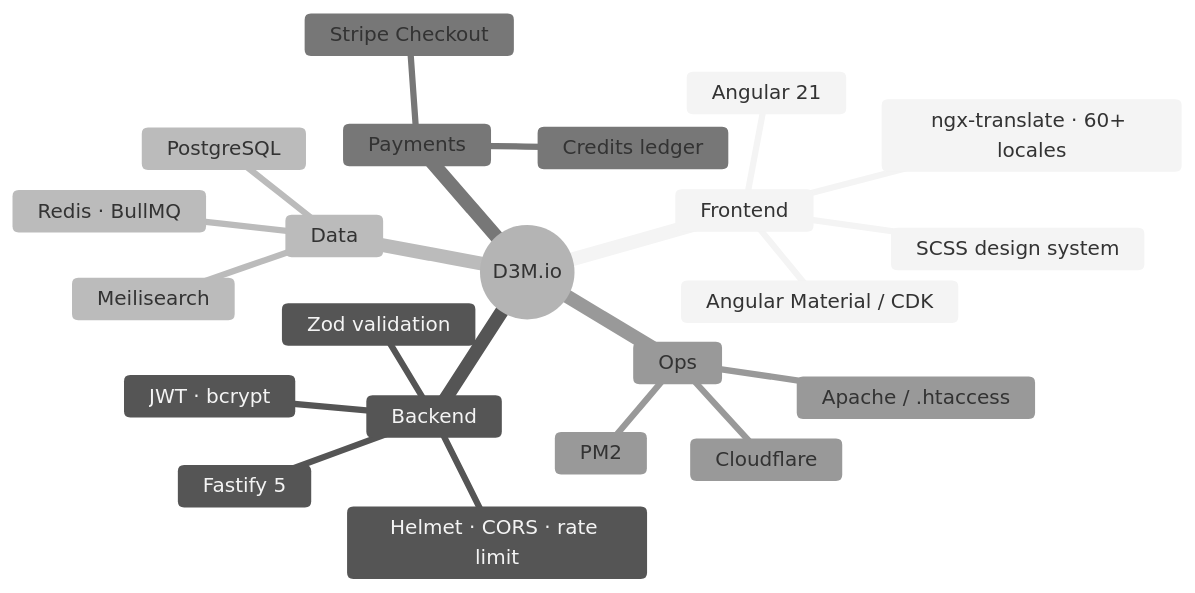
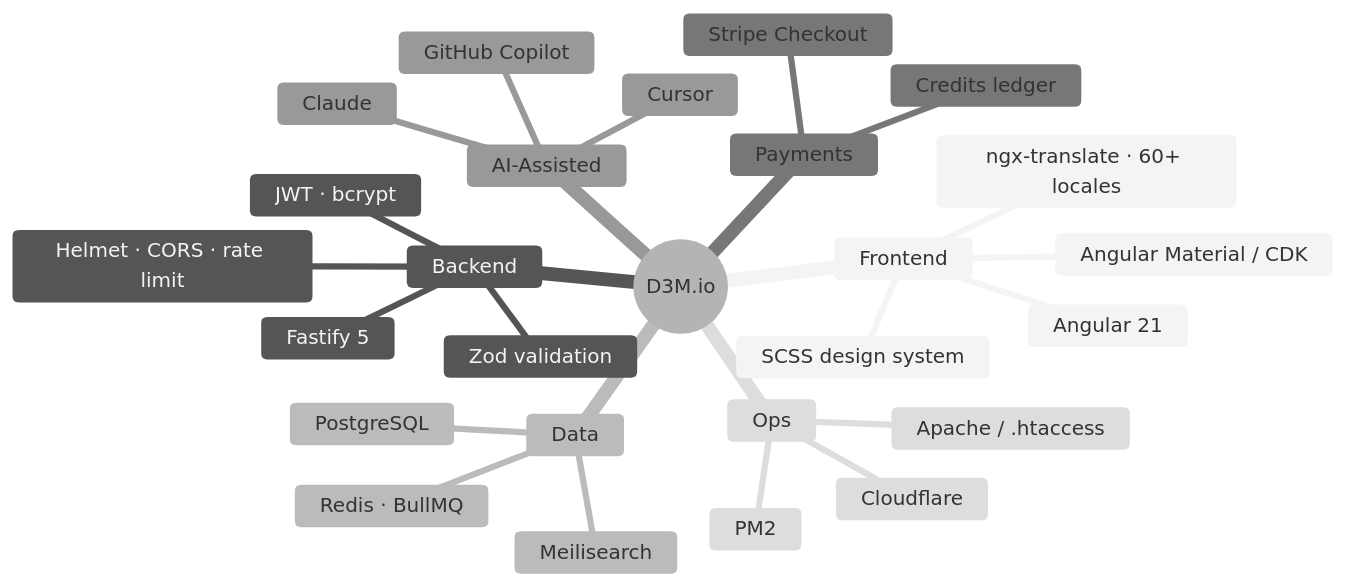
One commit to salihduzenusa/d3m-io changed the third of 3 diagrams in README.md. Above: the diagram before and after it, drawn with Mermaid (neutral theme). The commit also changed other lines of this file, not shown here.

Commit message:
docs: credit Cursor in AI-assisted build

````diff
--- a/README.md
+++ b/README.md
@@ -137,25 +137,29 @@
 ```mermaid
 mindmap
   root((D3M.io))
     Frontend
       Angular 21
       Angular Material / CDK
       ngx-translate · 60+ locales
       SCSS design system
     Backend
       Fastify 5
       Zod validation
       JWT · bcrypt
       Helmet · CORS · rate limit
     Data
       PostgreSQL
       Meilisearch
       Redis · BullMQ
     Payments
       Stripe Checkout
       Credits ledger
+    AI-Assisted
+      Cursor
+      Claude
+      GitHub Copilot
     Ops
       PM2
       Apache / .htaccess
       Cloudflare
 ```
````
